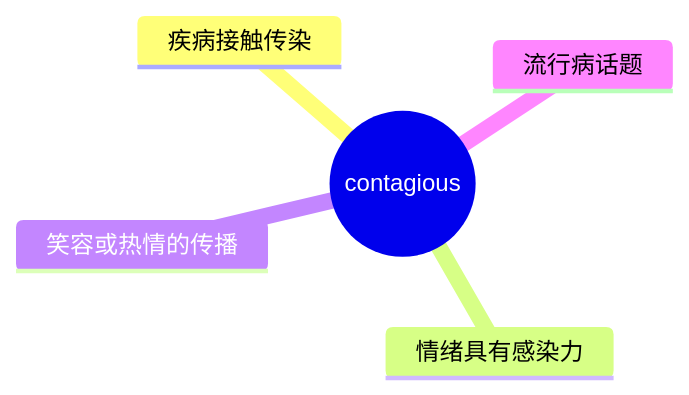
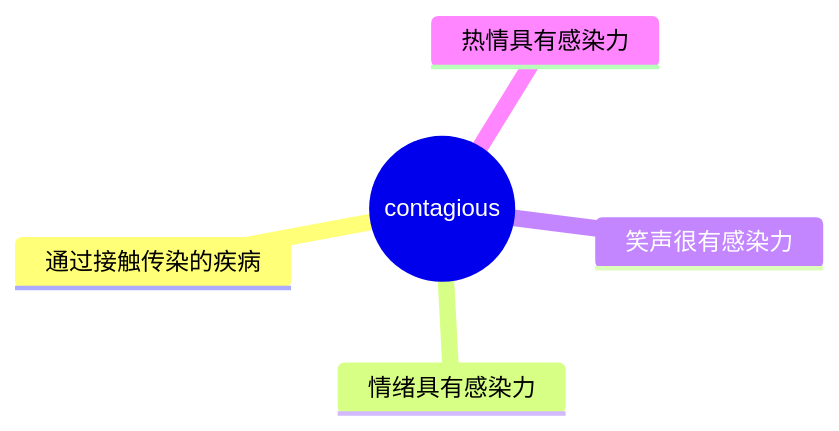
The second of 5 diagrams in slides_backup/托业单词/20260630/08.md (seki999/DialogueFlow), drawn with Mermaid before and after one commit. The commit also changed other lines of this file and 28 other files, not shown here.

````diff
--- a/slides_backup/托业单词/20260630/08.md
+++ b/slides_backup/托业单词/20260630/08.md
@@ -32,8 +34,8 @@
 ```mermaid
 mindmap
   root((contagious))
-    疾病接触传染
+    通过接触传染的疾病
     情绪具有感染力
-    笑容或热情的传播
-    流行病话题
+    笑声很有感染力
+    热情具有感染力
 ```
````
